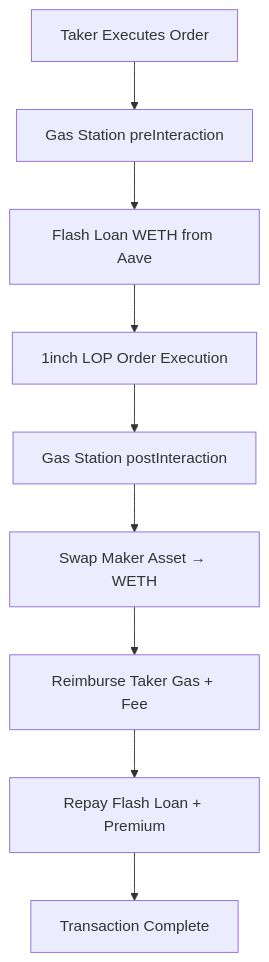
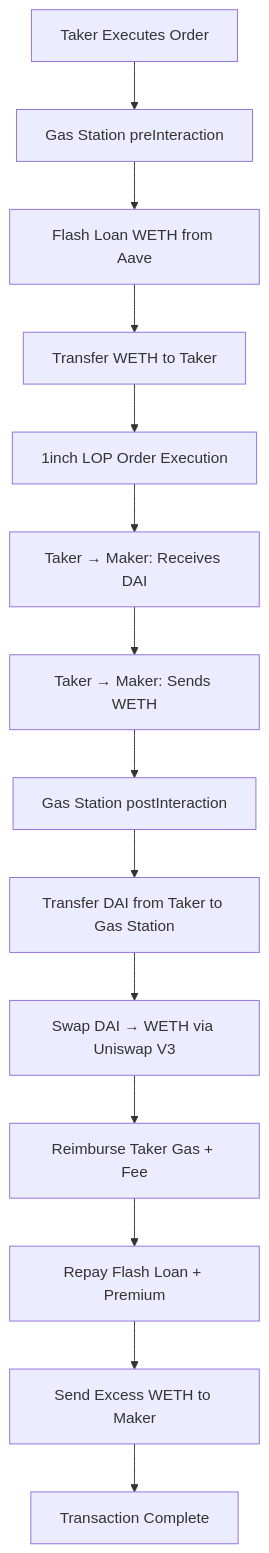
The diagram in backend/docs/extensions/GasStation.md (imajus/opa), drawn with Mermaid before and after one commit. The commit also changed other lines of this file and 23 other files, not shown here.

First line of the commit message:
refactor: refactor Gas Station extension to integrate Uniswap V3 for gasless trading

````diff
--- a/backend/docs/extensions/GasStation.md
+++ b/backend/docs/extensions/GasStation.md
@@ -23,11 +26,16 @@
 ```mermaid
 graph TD
     A[Taker Executes Order] --> B[Gas Station preInteraction]
     B --> C[Flash Loan WETH from Aave]
-    C --> D[1inch LOP Order Execution]
-    D --> E[Gas Station postInteraction]
-    E --> F[Swap Maker Asset → WETH]
-    F --> G[Reimburse Taker Gas + Fee]
-    G --> H[Repay Flash Loan + Premium]
-    H --> I[Transaction Complete]
+    C --> D[Transfer WETH to Taker]
+    D --> E[1inch LOP Order Execution]
+    E --> F[Taker → Maker: Receives DAI]
+    F --> G[Taker → Maker: Sends WETH]
+    G --> H[Gas Station postInteraction]
+    H --> I[Transfer DAI from Taker to Gas Station]
+    I --> J[Swap DAI → WETH via Uniswap V3]
+    J --> K[Reimburse Taker Gas + Fee]
+    K --> L[Repay Flash Loan + Premium]
+    L --> M[Send Excess WETH to Maker]
+    M --> N[Transaction Complete]
 ```
````
